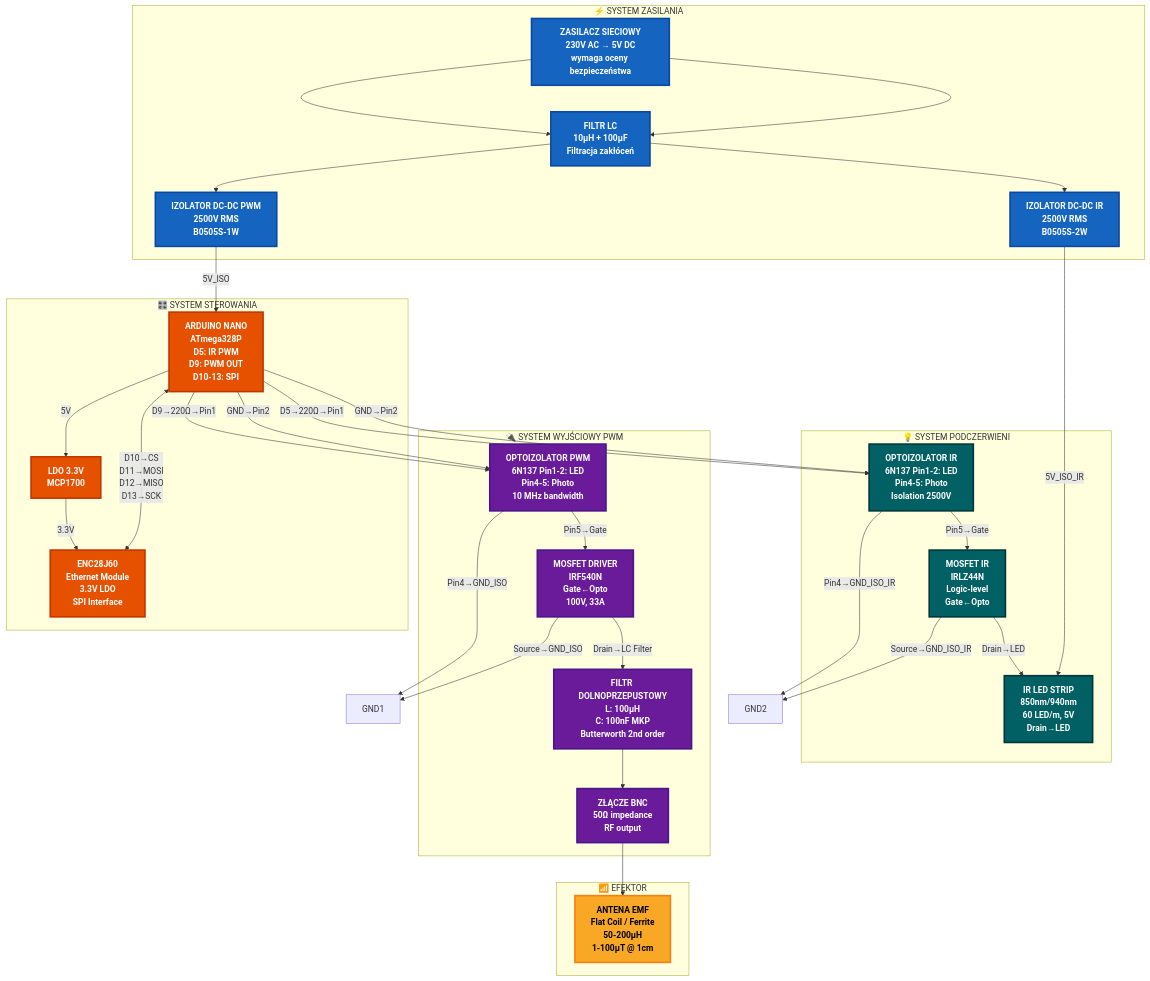
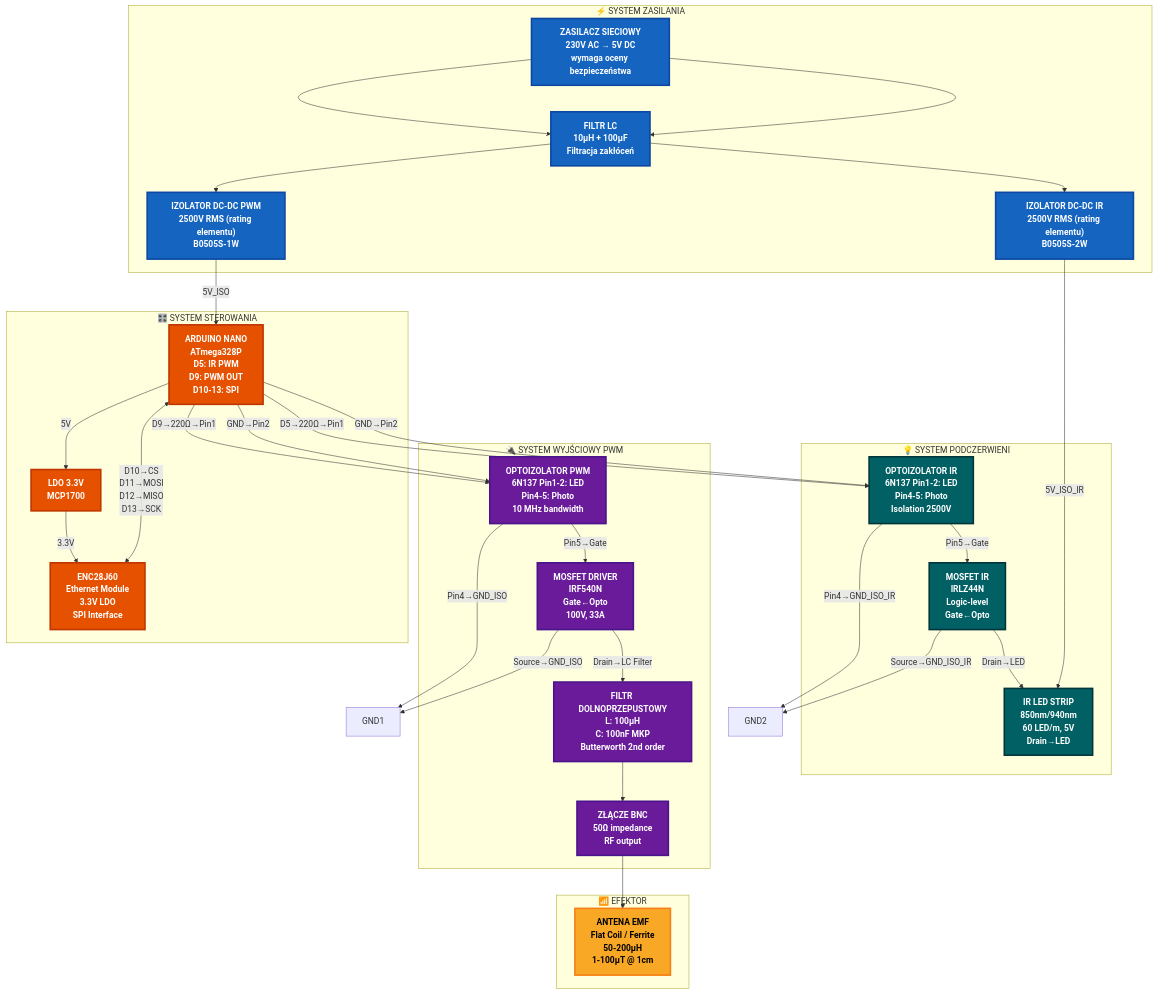
The second of 16 diagrams in hardware.md (bartoszruta26-droid/Bioresonance), drawn with Mermaid before and after one commit. The commit also changed other lines of this file, not shown here.

````diff
--- a/hardware.md
+++ b/hardware.md
@@ -199,76 +199,76 @@
 ```mermaid
 flowchart TD
     subgraph Zasilanie["⚡ SYSTEM ZASILANIA"]
         Z1["<b>ZASILACZ SIECIOWY</b><br/>230V AC → 5V DC<br/>wymaga oceny bezpieczeństwa"]
         Z2["<b>FILTR LC</b><br/>10µH + 100µF<br/>Filtracja zakłóceń"]
-        Z3["<b>IZOLATOR DC-DC PWM</b><br/>2500V RMS<br/>B0505S-1W"]
-        Z4["<b>IZOLATOR DC-DC IR</b><br/>2500V RMS<br/>B0505S-2W"]
+        Z3["<b>IZOLATOR DC-DC PWM</b><br/>2500V RMS (rating elementu)<br/>B0505S-1W"]
+        Z4["<b>IZOLATOR DC-DC IR</b><br/>2500V RMS (rating elementu)<br/>B0505S-2W"]
     end
     
     subgraph Sterowanie["🎛️ SYSTEM STEROWANIA"]
         A1["<b>ARDUINO NANO</b><br/>ATmega328P<br/>D5: IR PWM<br/>D9: PWM OUT<br/>D10-13: SPI"]
         A2["<b>ENC28J60</b><br/>Ethernet Module<br/>3.3V LDO<br/>SPI Interface"]
         LDO["<b>LDO 3.3V</b><br/>MCP1700"]
     end
     
     subgraph Wyjście["🔌 SYSTEM WYJŚCIOWY PWM"]
         O1["<b>OPTOIZOLATOR PWM</b><br/>6N137 Pin1-2: LED<br/>Pin4-5: Photo<br/>10 MHz bandwidth"]
         O2["<b>MOSFET DRIVER</b><br/>IRF540N<br/>Gate←Opto<br/>100V, 33A"]
         O3["<b>FILTR DOLNOPRZEPUSTOWY</b><br/>L: 100µH<br/>C: 100nF MKP<br/>Butterworth 2nd order"]
         O4["<b>ZŁĄCZE BNC</b><br/>50Ω impedance<br/>RF output"]
     end
     
     subgraph Efektor["📶 EFEKTOR"]
         E1["<b>ANTENA EMF</b><br/>Flat Coil / Ferrite<br/>50-200µH<br/>1-100µT @ 1cm"]
     end
     
     subgraph IR_System["💡 SYSTEM PODCZERWIENI"]
         IR1["<b>OPTOIZOLATOR IR</b><br/>6N137 Pin1-2: LED<br/>Pin4-5: Photo<br/>Isolation 2500V"]
         IR2["<b>MOSFET IR</b><br/>IRLZ44N<br/>Logic-level<br/>Gate←Opto"]
         IR3["<b>IR LED STRIP</b><br/>850nm/940nm<br/>60 LED/m, 5V<br/>Drain→LED"]
     end
     
     %% Zasilanie główne
     Z1 --> Z2 --> Z3
     Z1 --> Z2 --> Z4
     Z3 -->|5V_ISO| A1
     Z4 -->|5V_ISO_IR| IR3
     
     %% LDO dla Ethernet
     A1 -->|5V| LDO
     LDO -->|3.3V| A2
     
     %% SPI Connection - szczególowe piny
     A1 <-->|D10→CS<br/>D11→MOSI<br/>D12→MISO<br/>D13→SCK| A2
     
     %% PWM Path - szczególowe połączenia
     A1 -->|D9→220Ω→Pin1| O1
     A1 -->|GND→Pin2| O1
     O1 -->|Pin4→GND_ISO| GND1
     O1 -->|Pin5→Gate| O2
     O2 -->|Source→GND_ISO| GND1
     O2 -->|Drain→LC Filter| O3
     O3 --> O4
     O4 --> E1
     
     %% IR Path - szczegółowe połączenia
     A1 -->|D5→220Ω→Pin1| IR1
     A1 -->|GND→Pin2| IR1
     IR1 -->|Pin4→GND_ISO_IR| GND2
     IR1 -->|Pin5→Gate| IR2
     IR2 -->|Source→GND_ISO_IR| GND2
     IR2 -->|Drain→LED| IR3
     
     classDef power fill:#1565c0,stroke:#0d47a1,stroke-width:3px,color:#ffffff,font-weight:bold
     classDef control fill:#e65100,stroke:#bf3603,stroke-width:3px,color:#ffffff,font-weight:bold
     classDef isolation fill:#c2185b,stroke:#880e4f,stroke-width:3px,color:#ffffff,font-weight:bold
     classDef output fill:#6a1b9a,stroke:#4a148c,stroke-width:3px,color:#ffffff,font-weight:bold
     classDef ir fill:#006064,stroke:#00363a,stroke-width:3px,color:#ffffff,font-weight:bold
     classDef antenna fill:#f9a825,stroke:#f57f17,stroke-width:3px,color:#000000,font-weight:bold
     
     class Z1,Z2,Z3,Z4 power
     class A1,A2,LDO control
     class O1,O2,O3,O4 output
     class E1 antenna
     class IR1,IR2,IR3 ir
 ```
````
